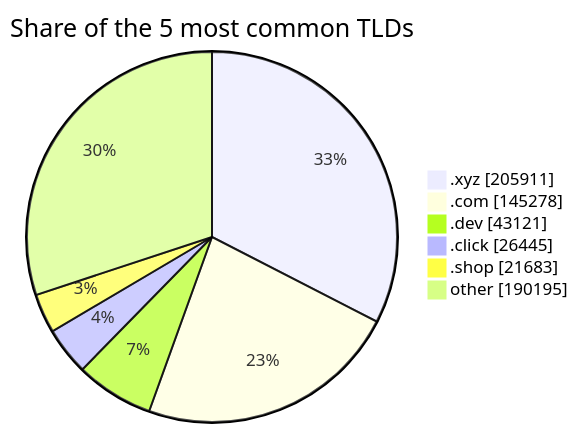
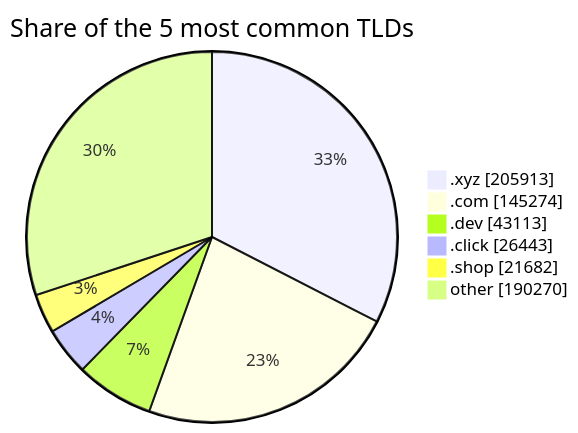
One commit to DNSBunker/CTI changed the third of 3 diagrams in README.md. Above: the diagram before and after it, drawn with Mermaid. The commit also changed other lines of this file and 3 other files, not shown here.

````diff
--- a/README.md
+++ b/README.md
@@ -81,9 +81,9 @@
 ```mermaid
 pie showData title Share of the 5 most common TLDs
-    ".xyz" : 205911
-    ".com" : 145278
-    ".dev" : 43121
-    ".click" : 26445
-    ".shop" : 21683
-    "other" : 190195
+    ".xyz" : 205913
+    ".com" : 145274
+    ".dev" : 43113
+    ".click" : 26443
+    ".shop" : 21682
+    "other" : 190270
 ```
````
